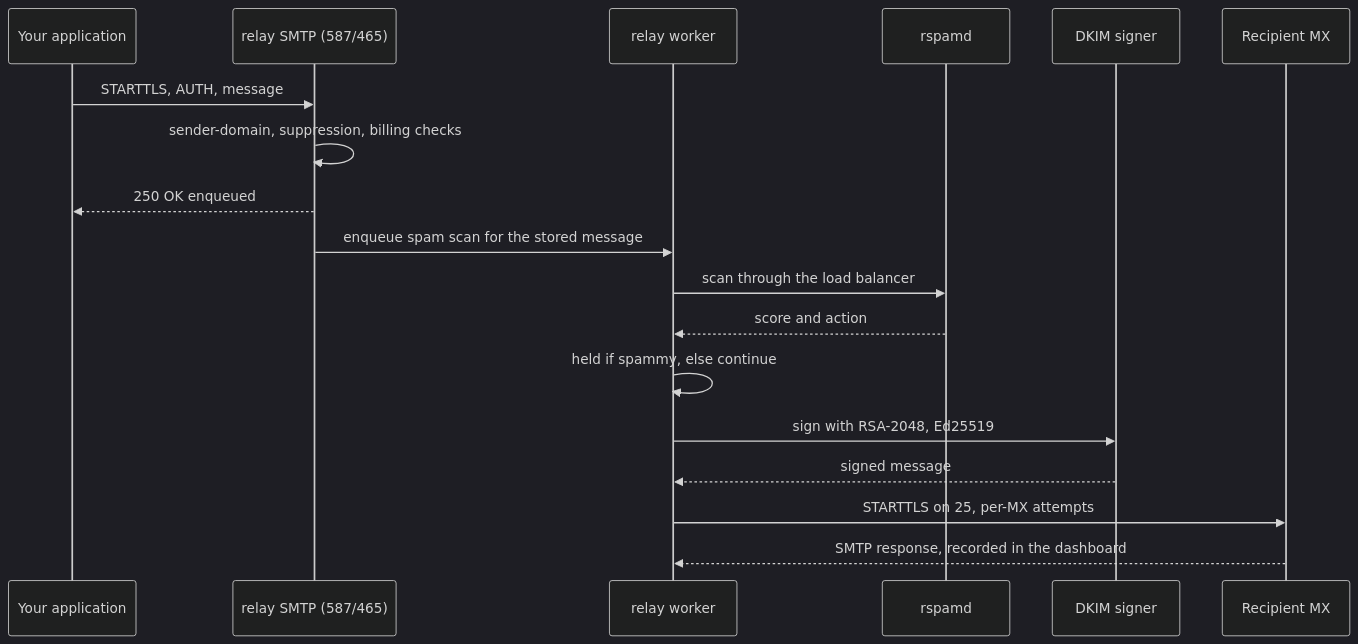
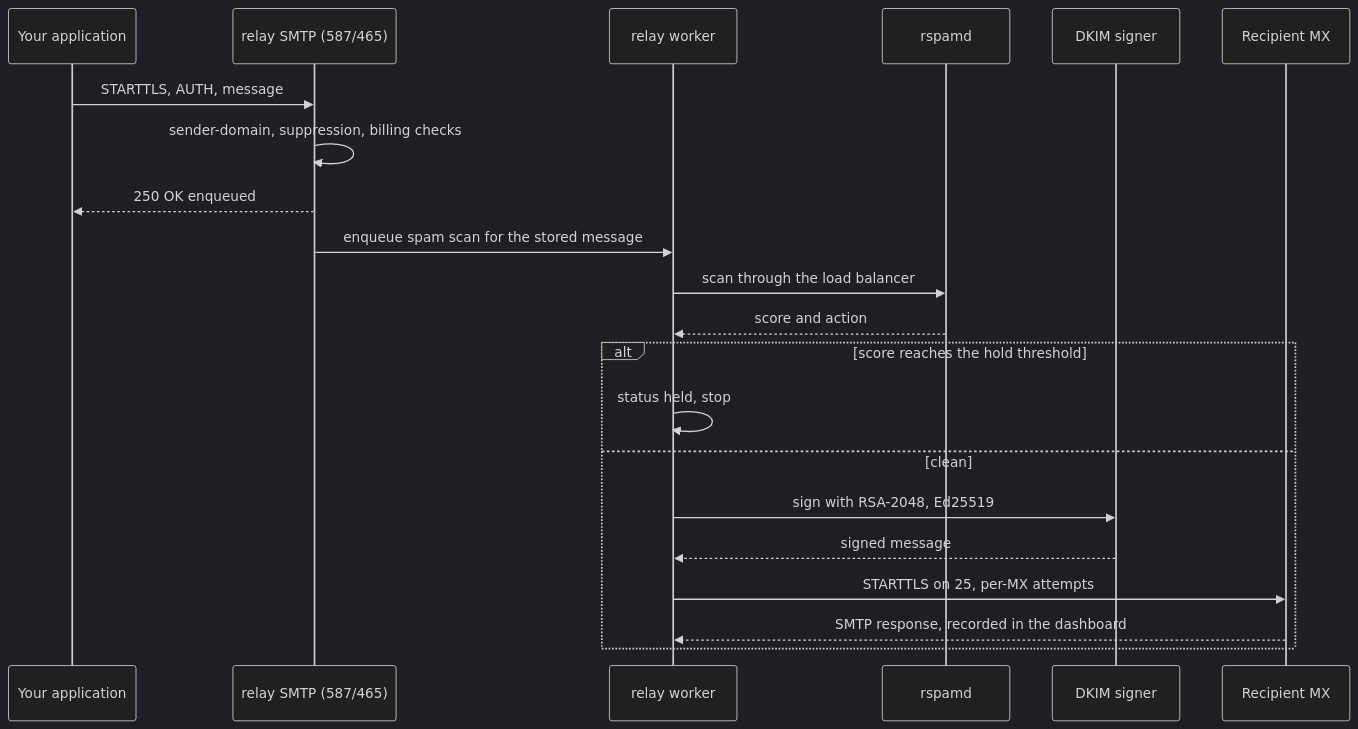
Before and after one commit to codingjoe/relay: the diagram in docs/docs/deliverability.md, drawn with Mermaid (dark theme). The commit also changed 12 other files, not shown here.

````diff
--- a/docs/docs/deliverability.md
+++ b/docs/docs/deliverability.md
@@ -56,21 +56,24 @@
 ```mermaid
 sequenceDiagram
     participant App as Your application
     participant MSA as relay SMTP (587/465)
     participant Worker as relay worker
     participant Scan as rspamd
     participant Sign as DKIM signer
     participant Remote as Recipient MX
 
     App->>MSA: STARTTLS, AUTH, message
     MSA->>MSA: sender-domain, suppression, billing checks
     MSA-->>App: 250 OK enqueued
     MSA->>Worker: enqueue spam scan for the stored message
     Worker->>Scan: scan through the load balancer
     Scan-->>Worker: score and action
-    Worker->>Worker: held if spammy, else continue
-    Worker->>Sign: sign with RSA-2048, Ed25519
-    Sign-->>Worker: signed message
-    Worker->>Remote: STARTTLS on 25, per-MX attempts
-    Remote-->>Worker: SMTP response, recorded in the dashboard
+    alt score reaches the hold threshold
+        Worker->>Worker: status held, stop
+    else clean
+        Worker->>Sign: sign with RSA-2048, Ed25519
+        Sign-->>Worker: signed message
+        Worker->>Remote: STARTTLS on 25, per-MX attempts
+        Remote-->>Worker: SMTP response, recorded in the dashboard
+    end
 ```
````
